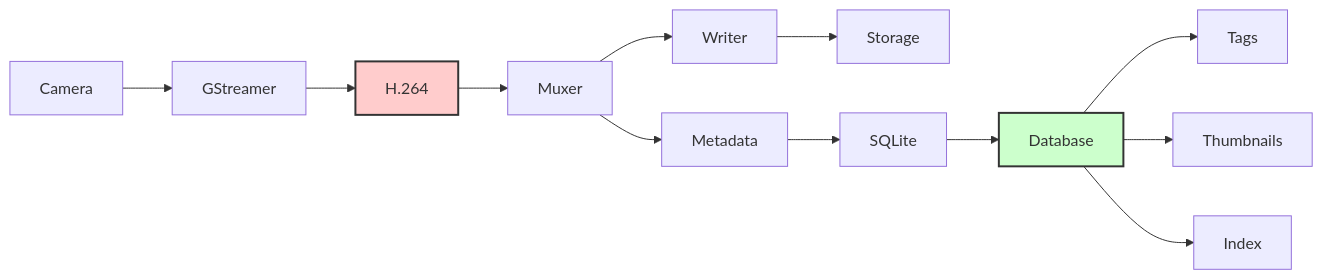
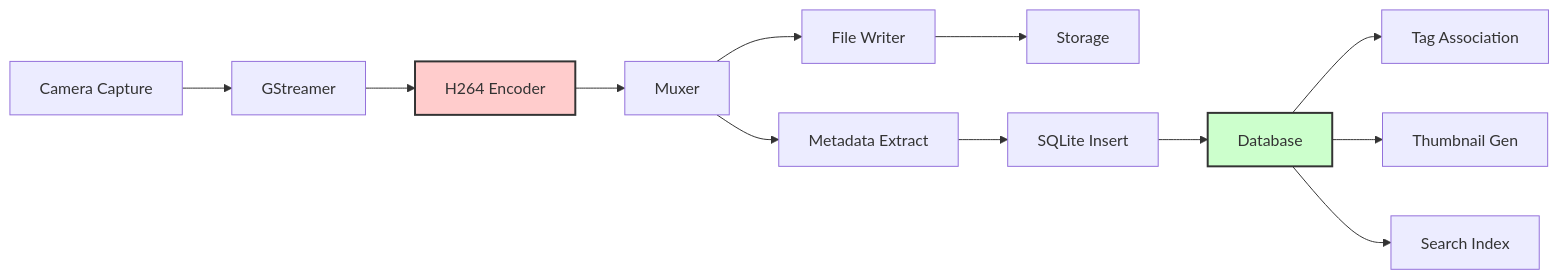
Before and after one commit to JayeshKakkad-Rotoclear/Rotoclear-C-Pro-Docs: the seventh of 9 diagrams in docs/architecture/overview.md, drawn with Mermaid. The commit also changed other lines of this file and 12 other files, not shown here.

Commit message:
Fix all Mermaid diagrams with proper complete labels - Fixed text bundling issues by using proper full labels - Removed overly abbreviated text that caused code formatting - All node labels now properly display without being truncated - Maintained readability while ensuring proper Mermaid parsing

````diff
--- a/docs/architecture/overview.md
+++ b/docs/architecture/overview.md
@@ -536,19 +540,19 @@
 ```mermaid
 graph LR
-    A[Camera] --> B[GStreamer]
-    B --> C[H.264]
+    A[Camera Capture] --> B[GStreamer]
+    B --> C[H264 Encoder]
     C --> D[Muxer]
-    D --> E[Writer]
+    D --> E[File Writer]
     E --> F[Storage]
     
-    D --> G[Metadata]
-    G --> H[SQLite]
+    D --> G[Metadata Extract]
+    G --> H[SQLite Insert]
     H --> I[Database]
     
-    I --> J[Tags]
-    I --> K[Thumbnails]
-    I --> L[Index]
+    I --> J[Tag Association]
+    I --> K[Thumbnail Gen]
+    I --> L[Search Index]
     
     style C fill:#ffcccc,stroke:#333,stroke-width:2px
     style I fill:#ccffcc,stroke:#333,stroke-width:2px
 ```
````
